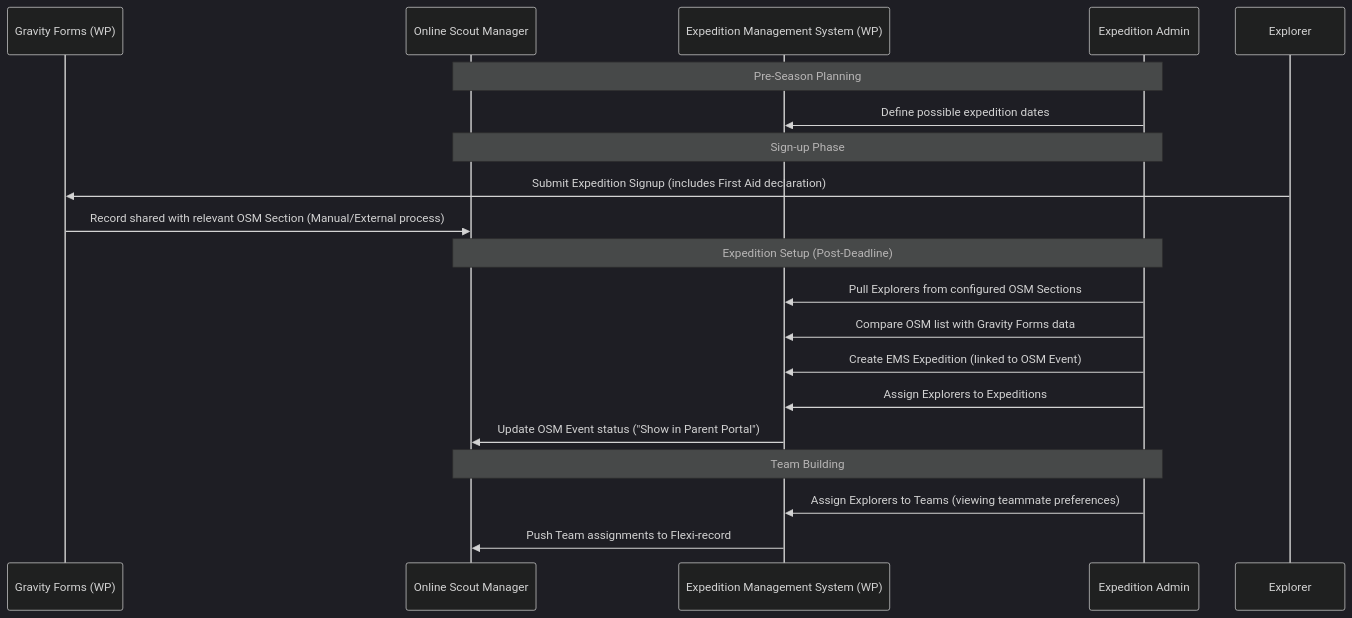
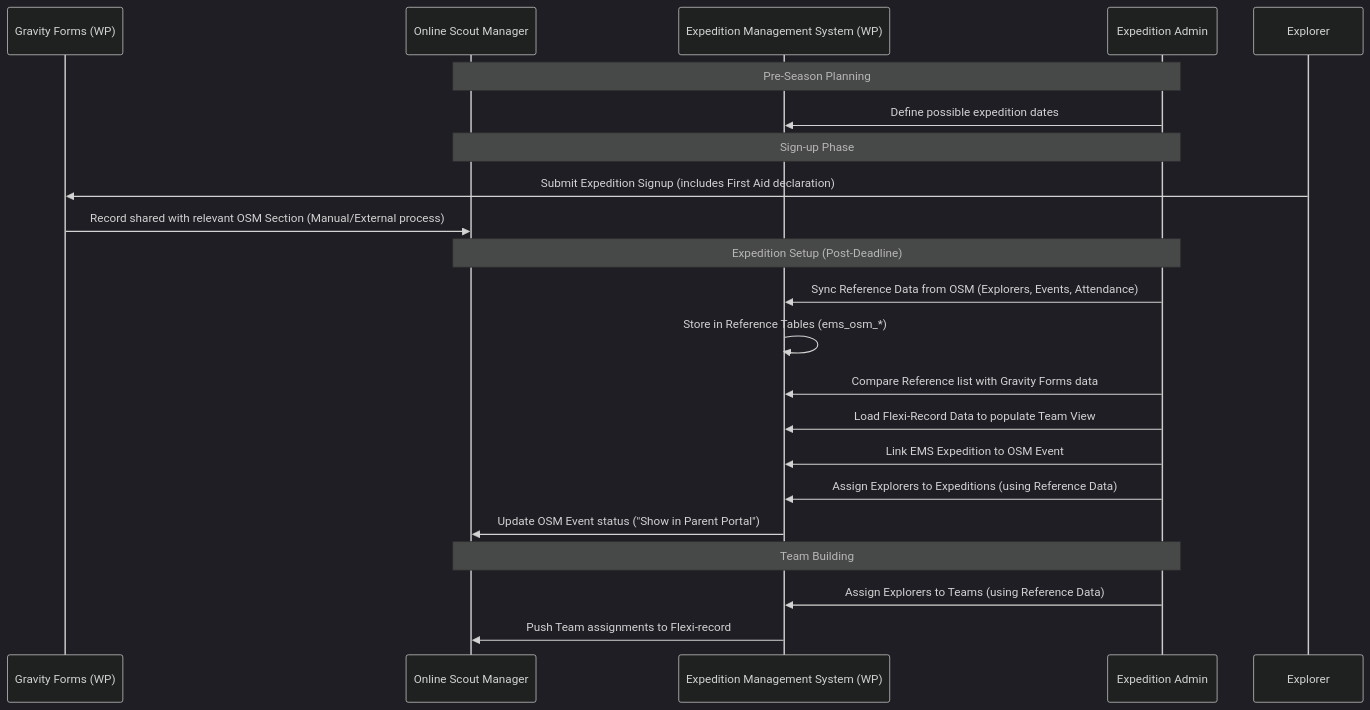
Before and after one commit to circularlizard/expedition-management-system: the diagram in docs/Expedition Management System.md, drawn with Mermaid (dark theme). The commit also changed other lines of this file and 7 other files, not shown here.

First line of the commit message:
fix: move sync POST handling to admin_init hook and improve mock sync behavior

````diff
--- a/docs/Expedition Management System.md
+++ b/docs/Expedition Management System.md
@@ -37,25 +37,27 @@
 ```mermaid
 sequenceDiagram
     participant GF as Gravity Forms (WP)
     participant OSM as Online Scout Manager
     participant EMS as Expedition Management System (WP)
     participant Admin as Expedition Admin
 
     Note over Admin, OSM: Pre-Season Planning
     Admin->>EMS: Define possible expedition dates
     
     Note over Admin, OSM: Sign-up Phase
     Explorer->>GF: Submit Expedition Signup (includes First Aid declaration)
     GF->>OSM: Record shared with relevant OSM Section (Manual/External process)
     
     Note over Admin, OSM: Expedition Setup (Post-Deadline)
-    Admin->>EMS: Pull Explorers from configured OSM Sections
-    Admin->>EMS: Compare OSM list with Gravity Forms data
-    Admin->>EMS: Create EMS Expedition (linked to OSM Event)
-    Admin->>EMS: Assign Explorers to Expeditions
+    Admin->>EMS: Sync Reference Data from OSM (Explorers, Events, Attendance)
+    EMS->>EMS: Store in Reference Tables (ems_osm_*)
+    Admin->>EMS: Compare Reference list with Gravity Forms data
+    Admin->>EMS: Load Flexi-Record Data to populate Team View
+    Admin->>EMS: Link EMS Expedition to OSM Event
+    Admin->>EMS: Assign Explorers to Expeditions (using Reference Data)
     EMS->>OSM: Update OSM Event status ("Show in Parent Portal")
     
     Note over Admin, OSM: Team Building
-    Admin->>EMS: Assign Explorers to Teams (viewing teammate preferences)
+    Admin->>EMS: Assign Explorers to Teams (using Reference Data)
     EMS->>OSM: Push Team assignments to Flexi-record
 ```
````
